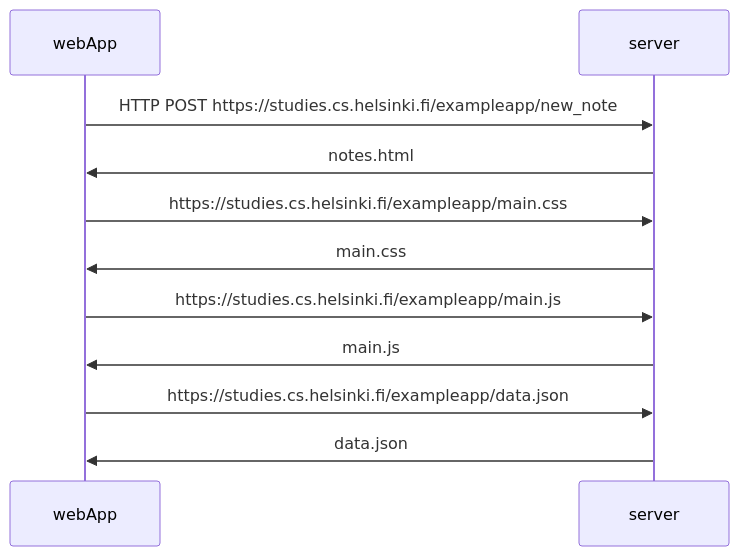
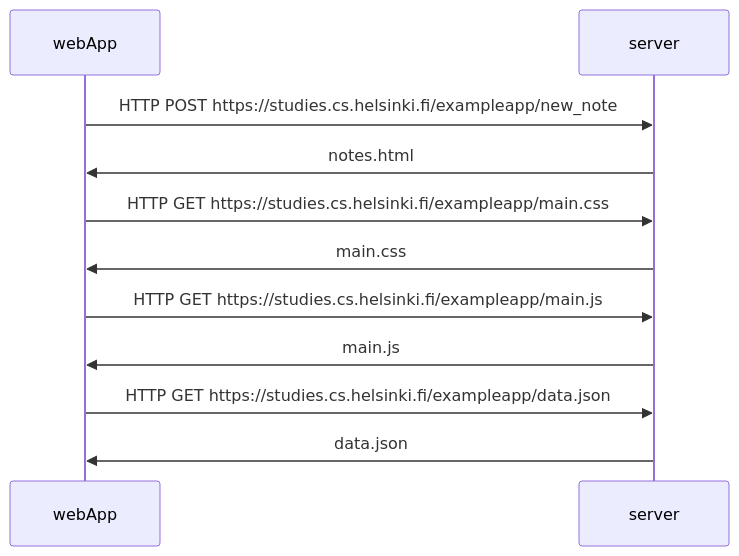
Before and after one commit to Dago04/part0: the diagram in 0.4.md, drawn with Mermaid.

````diff
--- a/0.4.md
+++ b/0.4.md
@@ -1,13 +1,13 @@
 ```mermaid
 sequenceDiagram
      participant webApp
      participant server
      webApp->>server: HTTP POST https://studies.cs.helsinki.fi/exampleapp/new_note
      server->>webApp: notes.html
-     webApp->>server: https://studies.cs.helsinki.fi/exampleapp/main.css
+     webApp->>server: HTTP GET https://studies.cs.helsinki.fi/exampleapp/main.css
      server->>webApp: main.css
-     webApp->>server: https://studies.cs.helsinki.fi/exampleapp/main.js
+     webApp->>server: HTTP GET https://studies.cs.helsinki.fi/exampleapp/main.js
      server->>webApp: main.js
-     webApp->>server: https://studies.cs.helsinki.fi/exampleapp/data.json
+     webApp->>server: HTTP GET https://studies.cs.helsinki.fi/exampleapp/data.json
      server->>webApp: data.json
 ```
````
